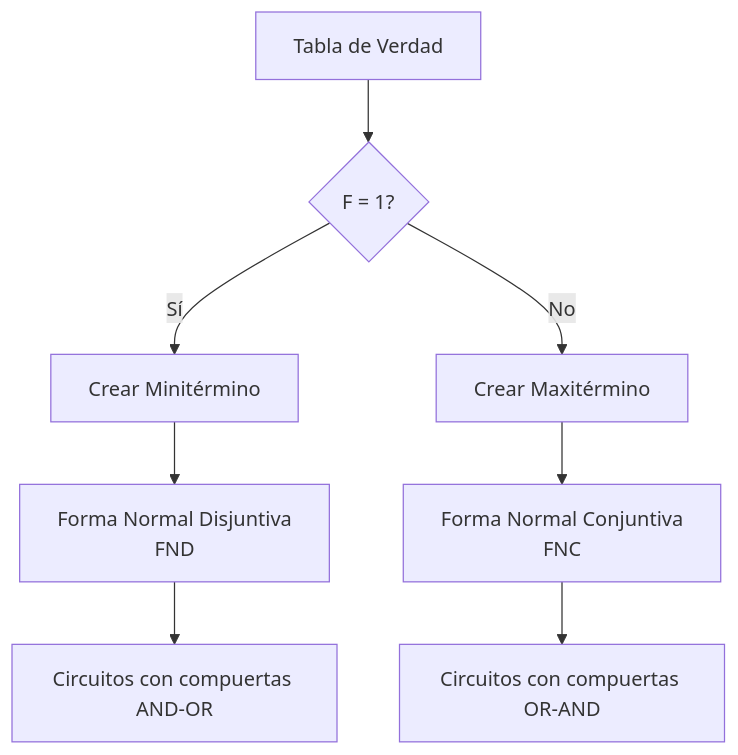
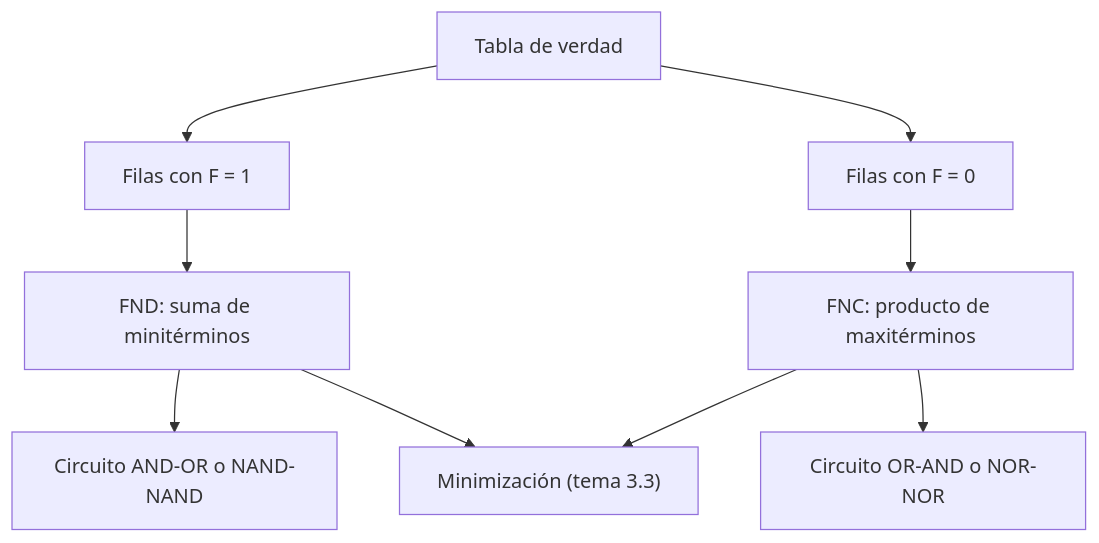
Before and after one commit to djaimej/computer-science-template: the diagram in public/documents/semester-4/4/4432.md, drawn with Mermaid. The commit also changed other lines of this file and 2 other files, not shown here.

First line of the commit message:
Semestre 4: revisión de Organización y Arquitectura de Computadoras, tema 3

````diff
--- a/public/documents/semester-4/4/4432.md
+++ b/public/documents/semester-4/4/4432.md
@@ -68,10 +55,11 @@
 ```mermaid
 flowchart TD
-    A[Tabla de Verdad] --> B{F = 1?}
-    B -->|Sí| C[Crear Minitérmino]
-    B -->|No| D[Crear Maxitérmino]
-    C --> E[Forma Normal Disjuntiva<br>FND]
-    D --> F[Forma Normal Conjuntiva<br>FNC]
-    E --> G[Circuitos con compuertas AND-OR]
-    F --> H[Circuitos con compuertas OR-AND]
+    A["Tabla de verdad"] --> B["Filas con F = 1"]
+    A --> C["Filas con F = 0"]
+    B --> D["FND: suma de minitérminos"]
+    C --> E["FNC: producto de maxitérminos"]
+    D --> F["Circuito AND-OR o NAND-NAND"]
+    E --> G["Circuito OR-AND o NOR-NOR"]
+    D --> H["Minimización (tema 3.3)"]
+    E --> H
 ```
````
